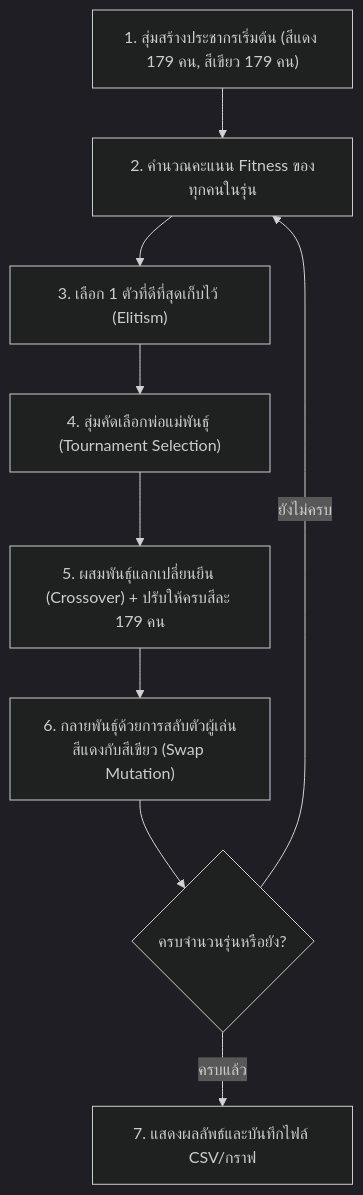
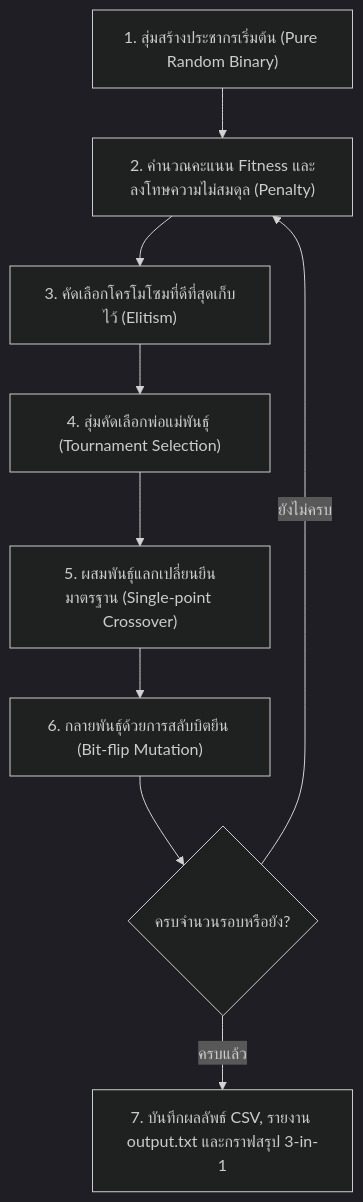
One commit to Name-Thinking/GA changed the diagram in README.md. Above: the diagram before and after it, drawn with Mermaid (dark theme). The commit also changed other lines of this file and 5 other files, not shown here.

````diff
--- a/README.md
+++ b/README.md
@@ -34,11 +35,11 @@
 ```mermaid
 flowchart TD
-    A["1. สุ่มสร้างประชากรเริ่มต้น (สีแดง 179 คน, สีเขียว 179 คน)"] --> B["2. คำนวณคะแนน Fitness ของทุกคนในรุ่น"]
-    B --> C["3. เลือก 1 ตัวที่ดีที่สุดเก็บไว้ (Elitism)"]
+    A["1. สุ่มสร้างประชากรเริ่มต้น (Pure Random Binary)"] --> B["2. คำนวณคะแนน Fitness และลงโทษความไม่สมดุล (Penalty)"]
+    B --> C["3. คัดเลือกโครโมโซมที่ดีที่สุดเก็บไว้ (Elitism)"]
     C --> D["4. สุ่มคัดเลือกพ่อแม่พันธุ์ (Tournament Selection)"]
-    D --> E["5. ผสมพันธุ์แลกเปลี่ยนยีน (Crossover) + ปรับให้ครบสีละ 179 คน"]
-    E --> F["6. กลายพันธุ์ด้วยการสลับตัวผู้เล่นสีแดงกับสีเขียว (Swap Mutation)"]
-    F --> G{"ครบจำนวนรุ่นหรือยัง?"}
+    D --> E["5. ผสมพันธุ์แลกเปลี่ยนยีนมาตรฐาน (Single-point Crossover)"]
+    E --> F["6. กลายพันธุ์ด้วยการสลับบิตยีน (Bit-flip Mutation)"]
+    F --> G{"ครบจำนวนรอบหรือยัง?"}
     G -- ยังไม่ครบ --> B
-    G -- ครบแล้ว --> H["7. แสดงผลลัพธ์และบันทึกไฟล์ CSV/กราฟ"]
+    G -- ครบแล้ว --> H["7. บันทึกผลลัพธ์ CSV, รายงาน output.txt และกราฟสรุป 3-in-1"]
 ```
````
